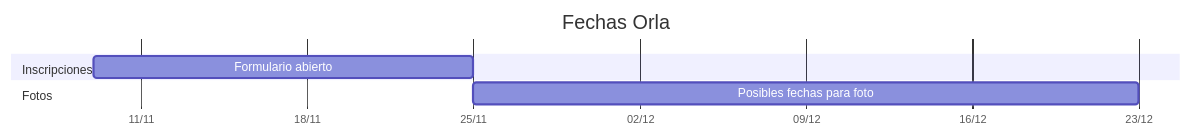
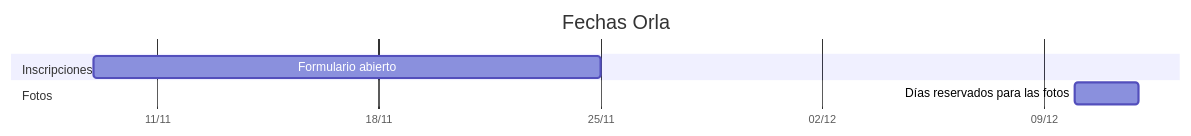
Before and after one commit to RedBed24/orla_infomatica_2425: the diagram in readme.md, drawn with Mermaid. The commit also changed other lines of this file, not shown here.

```diff
--- a/readme.md
+++ b/readme.md
@@ -20,15 +20,15 @@
 <pre class="mermaid" id="calendario">
 gantt
    title Fechas Orla
    dateFormat  YYYY-MM-DD
    axisFormat %d/%m
    tickInterval 1week
    weekday monday
    todayMarker stroke-width:3px,stroke:#0f0,opacity:0.5
 
    section Inscripciones
       Formulario abierto    :a1, 2024-11-09, 16d
 
    section Fotos
-      Posibles fechas para foto  :b1, 2024-11-25, 28d
+      Días reservados para las fotos :b1, 2024-12-10, 2d
 </pre>
```
